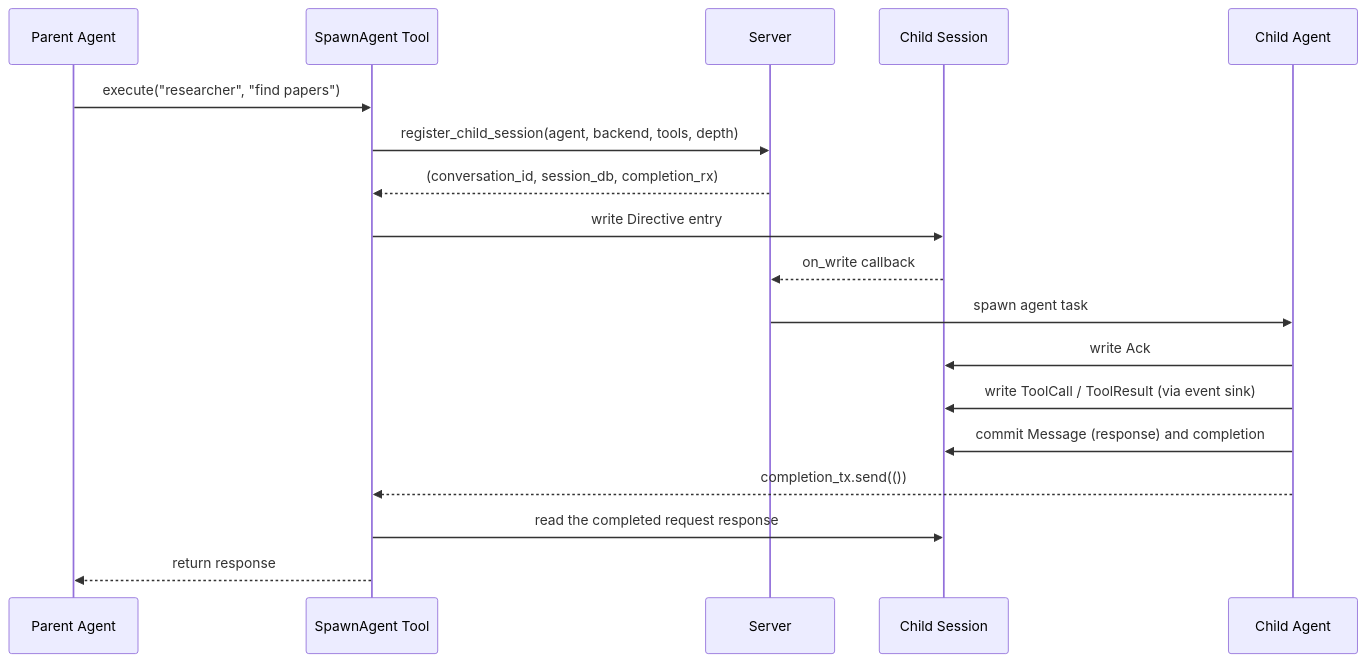
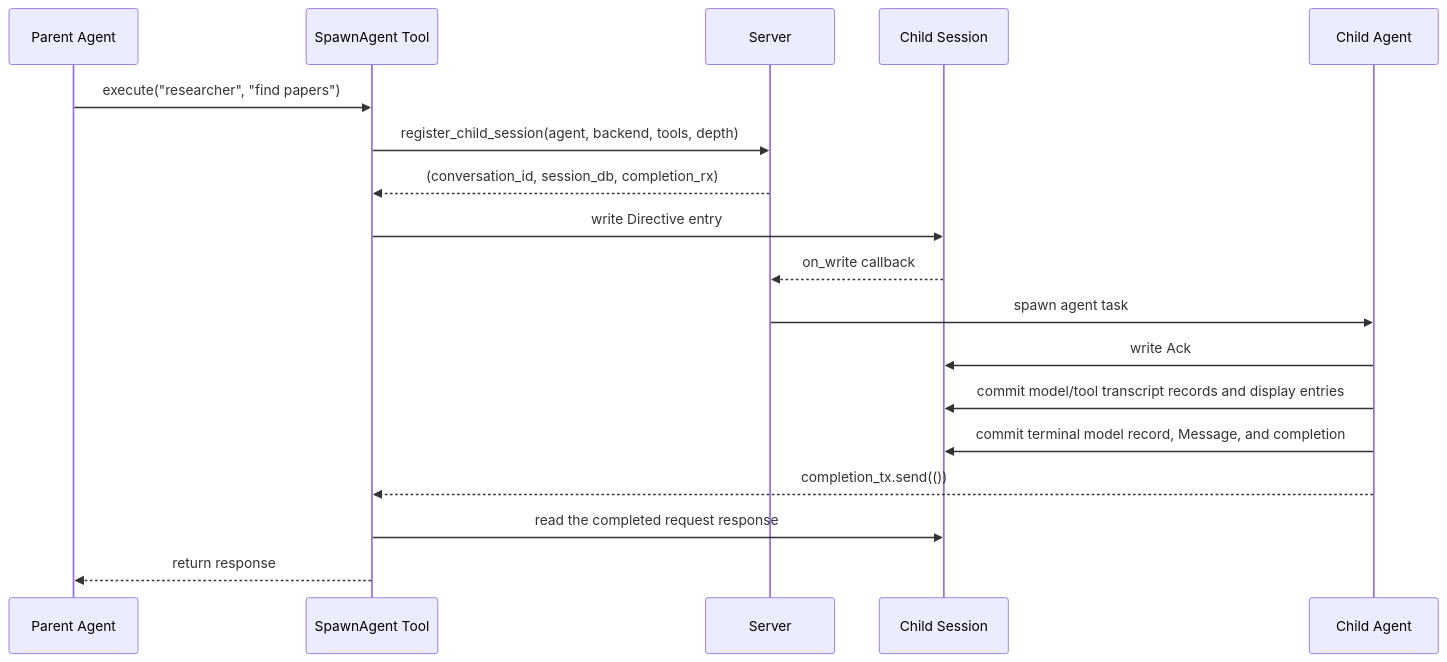
Before and after one commit to arcuru/chaz: the second of 2 diagrams in docs/src/design/session_messaging.md, drawn with Mermaid. The commit also changed other lines of this file and 6 other files, not shown here.

````diff
--- a/docs/src/design/session_messaging.md
+++ b/docs/src/design/session_messaging.md
@@ -75,21 +75,21 @@
 ```mermaid
 sequenceDiagram
     participant P as Parent Agent
     participant SA as SpawnAgent Tool
     participant SV as Server
     participant CS as Child Session
     participant CA as Child Agent
 
     P->>SA: execute("researcher", "find papers")
     SA->>SV: register_child_session(agent, backend, tools, depth)
     SV-->>SA: (conversation_id, session_db, completion_rx)
     SA->>CS: write Directive entry
     CS-->>SV: on_write callback
     SV->>CA: spawn agent task
     CA->>CS: write Ack
-    CA->>CS: write ToolCall / ToolResult (via event sink)
-    CA->>CS: commit Message (response) and completion
+    CA->>CS: commit model/tool transcript records and display entries
+    CA->>CS: commit terminal model record, Message, and completion
     CA-->>SA: completion_tx.send(())
     SA->>CS: read the completed request response
     SA-->>P: return response
 ```
````
